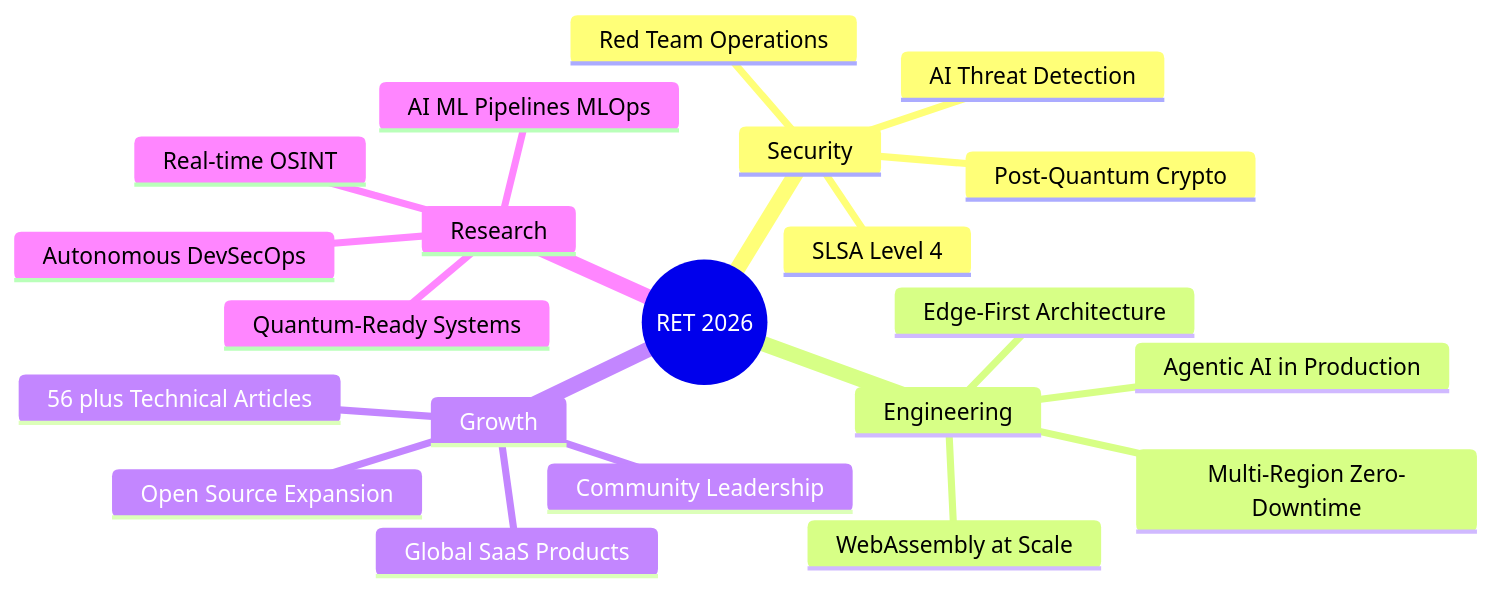
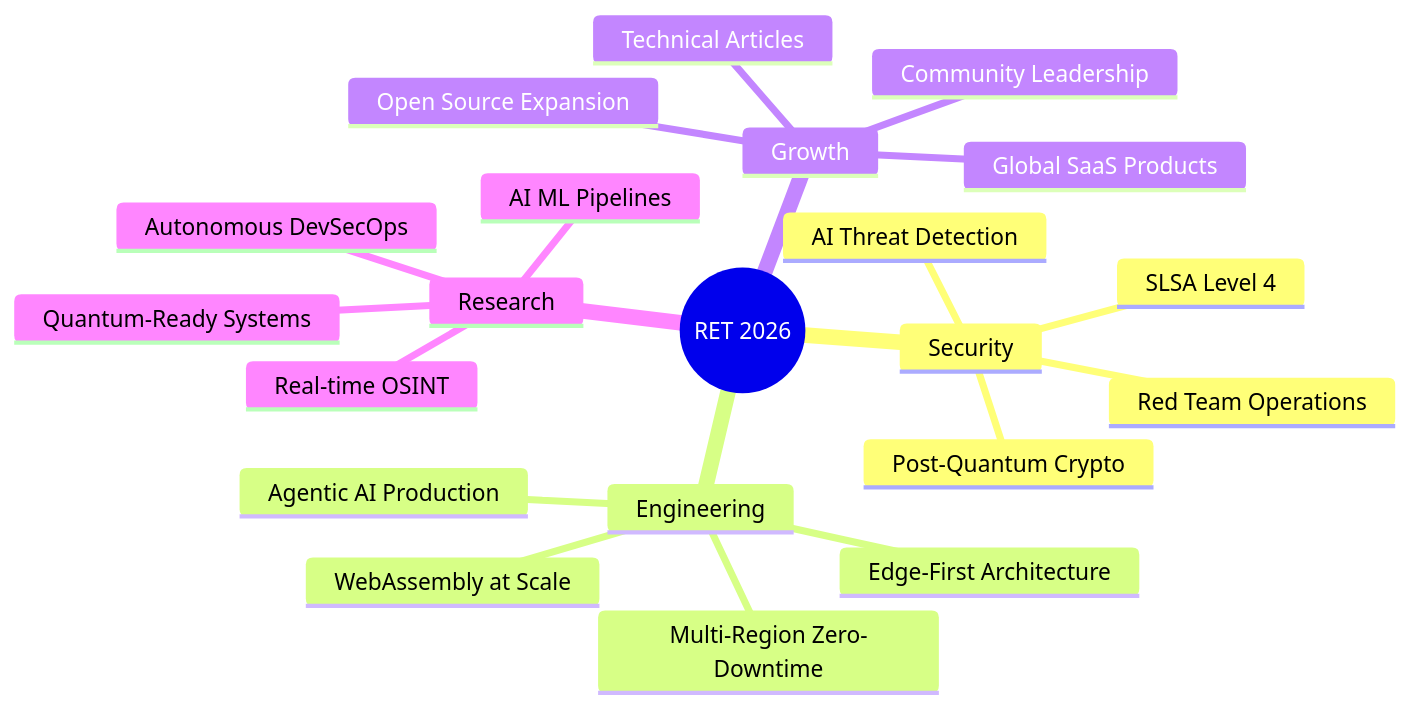
Before and after one commit to glferreira-devsecops/glferreira-devsecops: the diagram in README.md, drawn with Mermaid. The commit also changed other lines of this file, not shown here.

````diff
--- a/README.md
+++ b/README.md
@@ -452,24 +319,24 @@
 ```mermaid
 mindmap
   root((RET 2026))
     Security
       Red Team Operations
       AI Threat Detection
       Post-Quantum Crypto
       SLSA Level 4
     Engineering
       Edge-First Architecture
       WebAssembly at Scale
-      Agentic AI in Production
+      Agentic AI Production
       Multi-Region Zero-Downtime
     Growth
       Global SaaS Products
       Open Source Expansion
-      56 plus Technical Articles
+      Technical Articles
       Community Leadership
     Research
-      AI ML Pipelines MLOps
+      AI ML Pipelines
       Quantum-Ready Systems
       Autonomous DevSecOps
       Real-time OSINT
 ```
````
